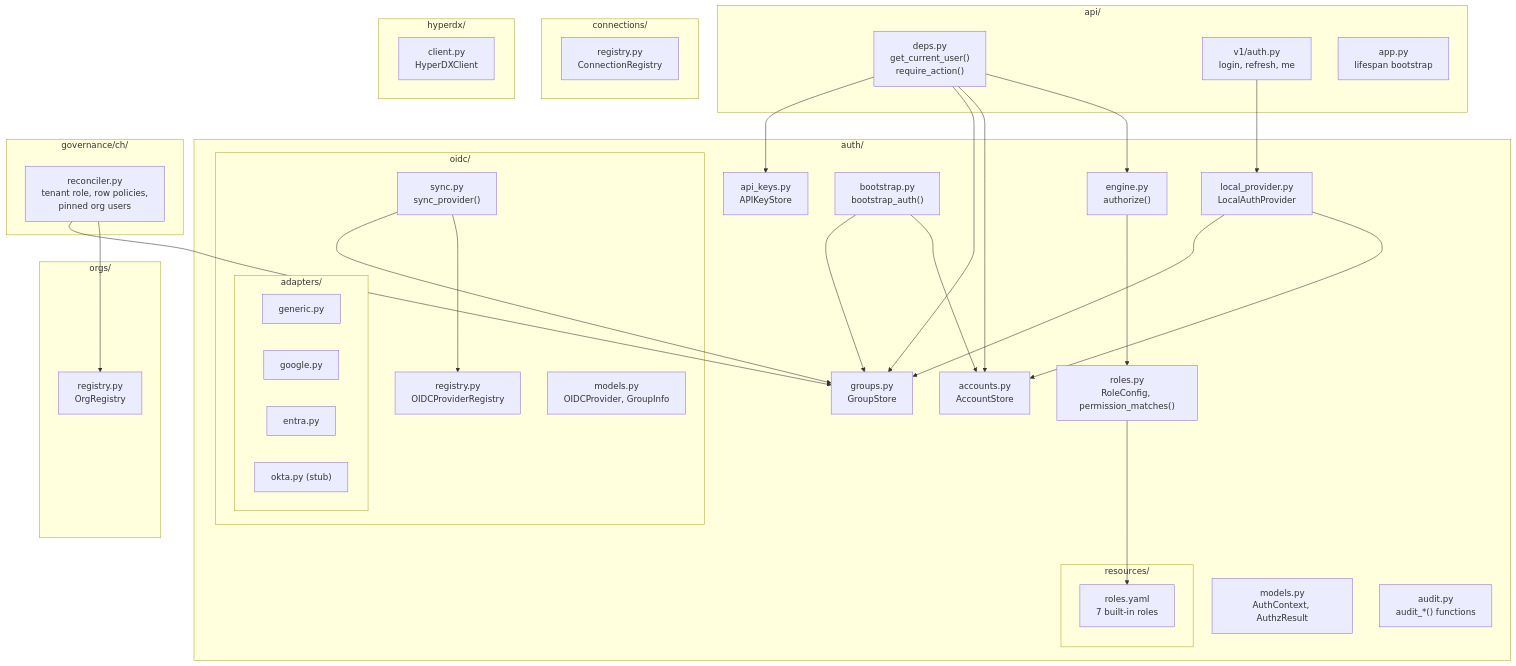
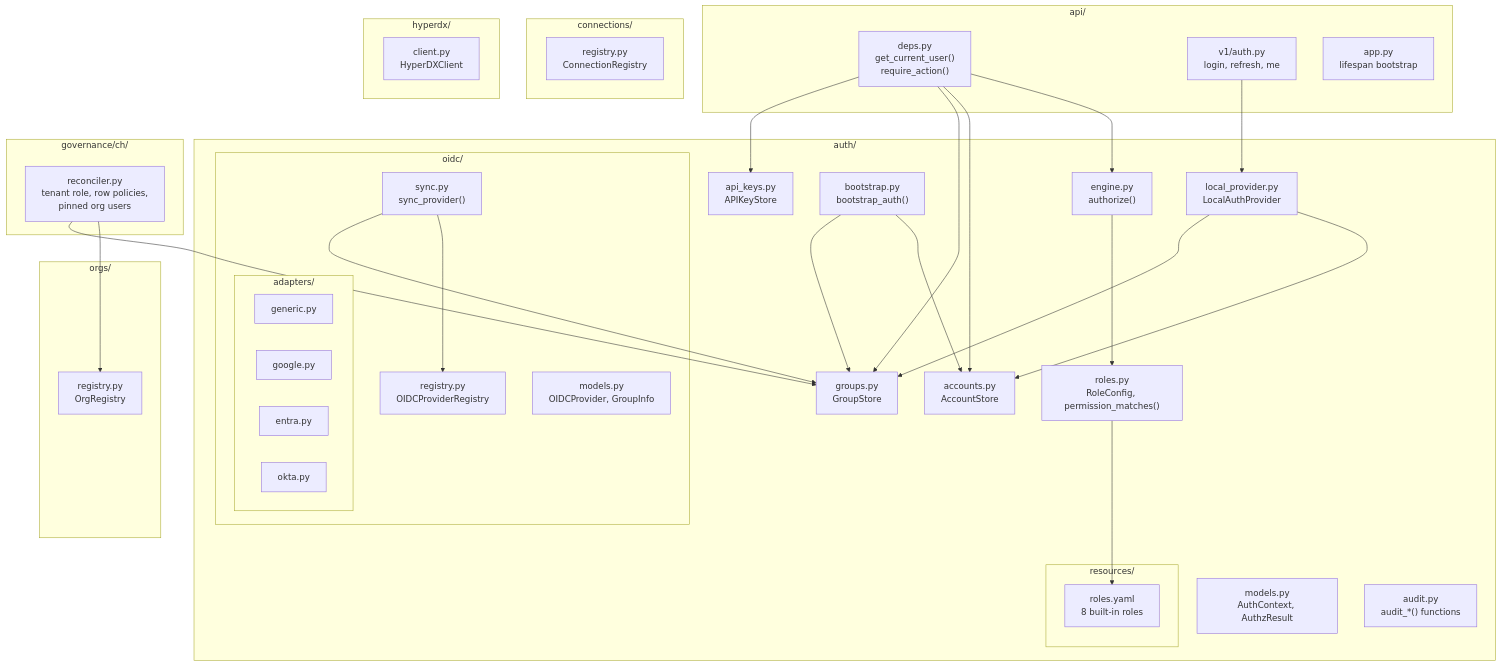
One commit to hyperi-io/dfe-engine changed the tenth of 10 diagrams in docs/control-plane/rbac.md. Above: the diagram before and after it, drawn with Mermaid. The commit also changed other lines of this file and 3 other files, not shown here.

````diff
--- a/docs/control-plane/rbac.md
+++ b/docs/control-plane/rbac.md
@@ -783,68 +810,68 @@
 ```mermaid
 graph TD
     subgraph "auth/"
         ENGINE["engine.py<br/>authorize()"]
         MODELS["models.py<br/>AuthContext, AuthzResult"]
         ROLES_MOD["roles.py<br/>RoleConfig, permission_matches()"]
         ACCOUNTS["accounts.py<br/>AccountStore"]
         GROUPS["groups.py<br/>GroupStore"]
         APIKEYS["api_keys.py<br/>APIKeyStore"]
         LOCAL["local_provider.py<br/>LocalAuthProvider"]
         BOOT["bootstrap.py<br/>bootstrap_auth()"]
         AUDIT["audit.py<br/>audit_*() functions"]
 
         subgraph "oidc/"
             OIDC_REG["registry.py<br/>OIDCProviderRegistry"]
             OIDC_SYNC["sync.py<br/>sync_provider()"]
             OIDC_MODELS["models.py<br/>OIDCProvider, GroupInfo"]
             subgraph "adapters/"
                 GENERIC_A["generic.py"]
                 GOOGLE_A["google.py"]
                 ENTRA_A["entra.py"]
-                OKTA_A["okta.py (stub)"]
+                OKTA_A["okta.py"]
             end
         end
 
         subgraph "resources/"
-            ROLES_YAML["roles.yaml<br/>7 built-in roles"]
+            ROLES_YAML["roles.yaml<br/>8 built-in roles"]
         end
     end
 
     subgraph "api/"
         DEPS["deps.py<br/>get_current_user()<br/>require_action()"]
         AUTH_ROUTER["v1/auth.py<br/>login, refresh, me"]
         APP["app.py<br/>lifespan bootstrap"]
     end
 
     subgraph "connections/"
         CONN_REG["registry.py<br/>ConnectionRegistry"]
     end
 
     subgraph "governance/ch/"
         CH_RBAC["reconciler.py<br/>tenant role, row policies,<br/>pinned org users"]
     end
 
     subgraph "orgs/"
         ORG_REG["registry.py<br/>OrgRegistry"]
     end
 
     subgraph "hyperdx/"
         HDX["client.py<br/>HyperDXClient"]
     end
 
     DEPS --> ENGINE
     DEPS --> ACCOUNTS
     DEPS --> GROUPS
     DEPS --> APIKEYS
     AUTH_ROUTER --> LOCAL
     LOCAL --> ACCOUNTS
     LOCAL --> GROUPS
     ENGINE --> ROLES_MOD
     ROLES_MOD --> ROLES_YAML
     BOOT --> ACCOUNTS
     BOOT --> GROUPS
     OIDC_SYNC --> OIDC_REG
     OIDC_SYNC --> GROUPS
     CH_RBAC --> ORG_REG
     CH_RBAC --> GROUPS
 ```
````
